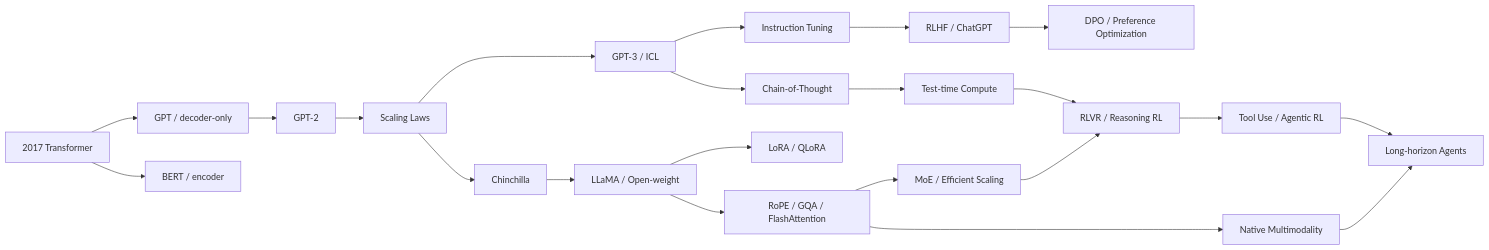
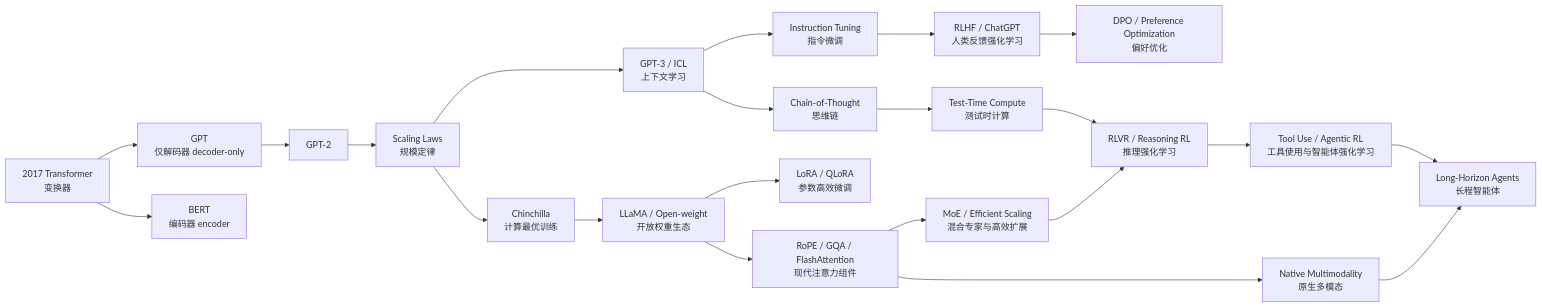
One commit to Yukun-Zheng/LLM-development changed the first of 12 diagrams in figures/README.md. Above: the diagram before and after it, drawn with Mermaid. The commit also changed other lines of this file, not shown here.

Commit message:
docs: localize figure labels with Chinese

````diff
--- a/figures/README.md
+++ b/figures/README.md
@@ -11,24 +11,24 @@
 ```mermaid
 flowchart LR
-    A[2017 Transformer] --> B[GPT / decoder-only]
-    A --> C[BERT / encoder]
+    A[2017 Transformer<br/>变换器] --> B[GPT<br/>仅解码器 decoder-only]
+    A --> C[BERT<br/>编码器 encoder]
     B --> D[GPT-2]
-    D --> E[Scaling Laws]
-    E --> F[GPT-3 / ICL]
-    F --> G[Instruction Tuning]
-    G --> H[RLHF / ChatGPT]
-    E --> I[Chinchilla]
-    I --> J[LLaMA / Open-weight]
-    J --> K[LoRA / QLoRA]
-    J --> L[RoPE / GQA / FlashAttention]
-    L --> M[MoE / Efficient Scaling]
-    H --> N[DPO / Preference Optimization]
-    F --> O[Chain-of-Thought]
-    O --> P[Test-time Compute]
-    P --> Q[RLVR / Reasoning RL]
+    D --> E[Scaling Laws<br/>规模定律]
+    E --> F[GPT-3 / ICL<br/>上下文学习]
+    F --> G[Instruction Tuning<br/>指令微调]
+    G --> H[RLHF / ChatGPT<br/>人类反馈强化学习]
+    E --> I[Chinchilla<br/>计算最优训练]
+    I --> J[LLaMA / Open-weight<br/>开放权重生态]
+    J --> K[LoRA / QLoRA<br/>参数高效微调]
+    J --> L[RoPE / GQA / FlashAttention<br/>现代注意力组件]
+    L --> M[MoE / Efficient Scaling<br/>混合专家与高效扩展]
+    H --> N[DPO / Preference Optimization<br/>偏好优化]
+    F --> O[Chain-of-Thought<br/>思维链]
+    O --> P[Test-Time Compute<br/>测试时计算]
+    P --> Q[RLVR / Reasoning RL<br/>推理强化学习]
     M --> Q
-    Q --> R[Tool Use / Agentic RL]
-    R --> S[Long-horizon Agents]
-    L --> T[Native Multimodality]
+    Q --> R[Tool Use / Agentic RL<br/>工具使用与智能体强化学习]
+    R --> S[Long-Horizon Agents<br/>长程智能体]
+    L --> T[Native Multimodality<br/>原生多模态]
     T --> S
 ```
````
